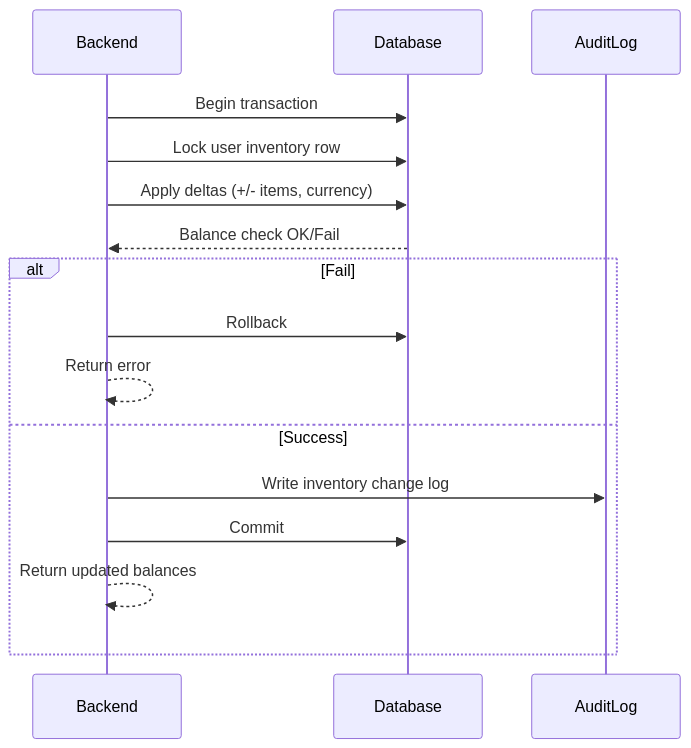
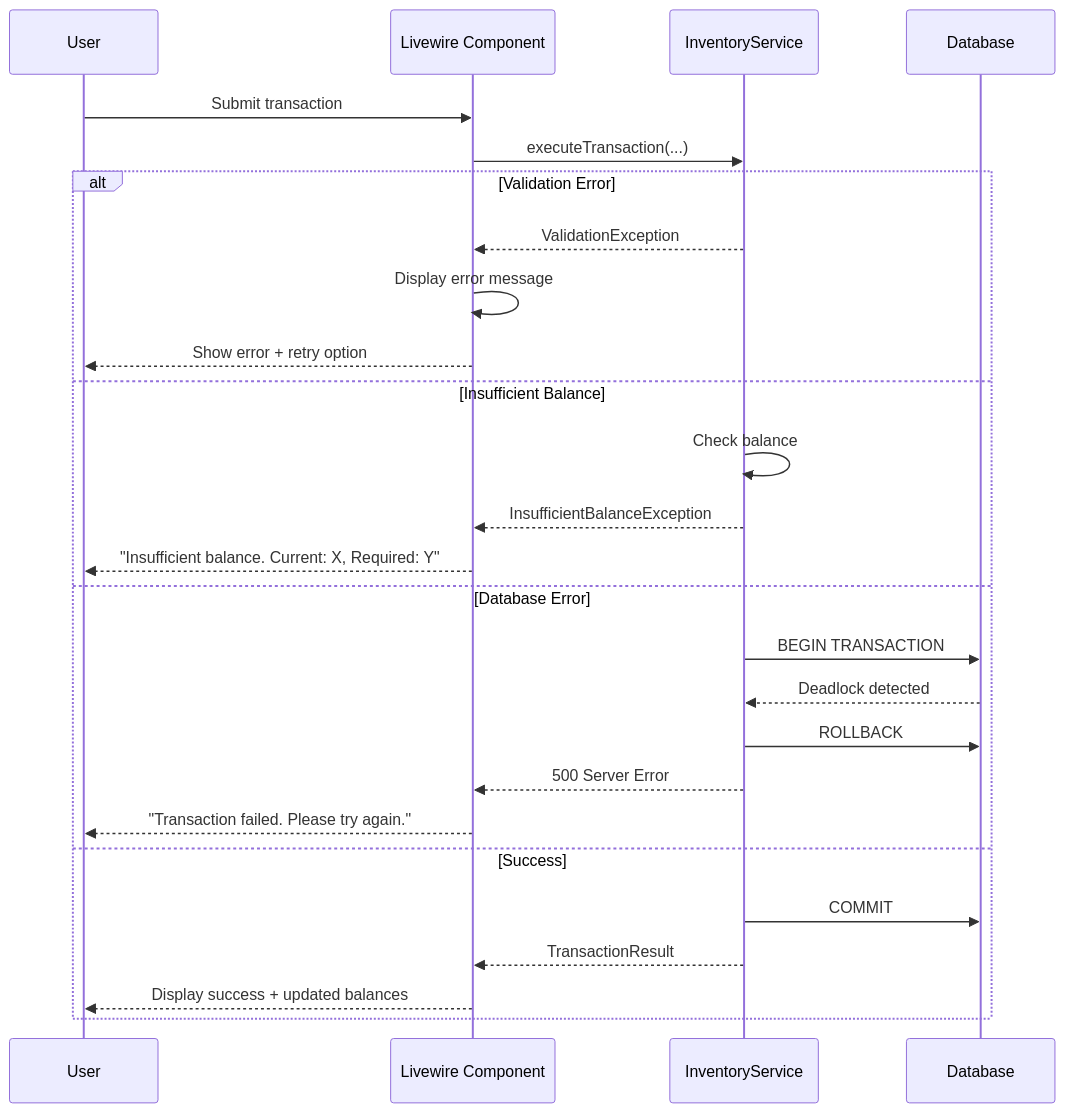
Before and after one commit to exatfrds67/umamusume-career-planner: the second of 2 diagrams in docs/01-sequences/SEQ-010_Inventory_Transaction.md, drawn with Mermaid. The commit also changed other lines of this file and 67 other files, not shown here.

````diff
--- a/docs/01-sequences/SEQ-010_Inventory_Transaction.md
+++ b/docs/01-sequences/SEQ-010_Inventory_Transaction.md
@@ -26,19 +587,30 @@
 ```mermaid
 sequenceDiagram
-    participant API as Backend
+    participant User
+    participant UI as Livewire Component
+    participant Service as InventoryService
     participant DB as Database
-    participant LOG as AuditLog
 
-    API->>DB: Begin transaction
-    API->>DB: Lock user inventory row
-    API->>DB: Apply deltas (+/- items, currency)
-    DB-->>API: Balance check OK/Fail
-    alt Fail
-        API->>DB: Rollback
-        API-->>API: Return error
+    User->>UI: Submit transaction
+    UI->>Service: executeTransaction(...)
+    
+    alt Validation Error
+        Service-->>UI: ValidationException
+        UI->>UI: Display error message
+        UI-->>User: Show error + retry option
+    else Insufficient Balance
+        Service->>Service: Check balance
+        Service-->>UI: InsufficientBalanceException
+        UI-->>User: "Insufficient balance. Current: X, Required: Y"
+    else Database Error
+        Service->>DB: BEGIN TRANSACTION
+        DB-->>Service: Deadlock detected
+        Service->>DB: ROLLBACK
+        Service-->>UI: 500 Server Error
+        UI-->>User: "Transaction failed. Please try again."
     else Success
-        API->>LOG: Write inventory change log
-        API->>DB: Commit
-        API-->>API: Return updated balances
+        Service->>DB: COMMIT
+        Service-->>UI: TransactionResult
+        UI-->>User: Display success + updated balances
     end
 ```
````
